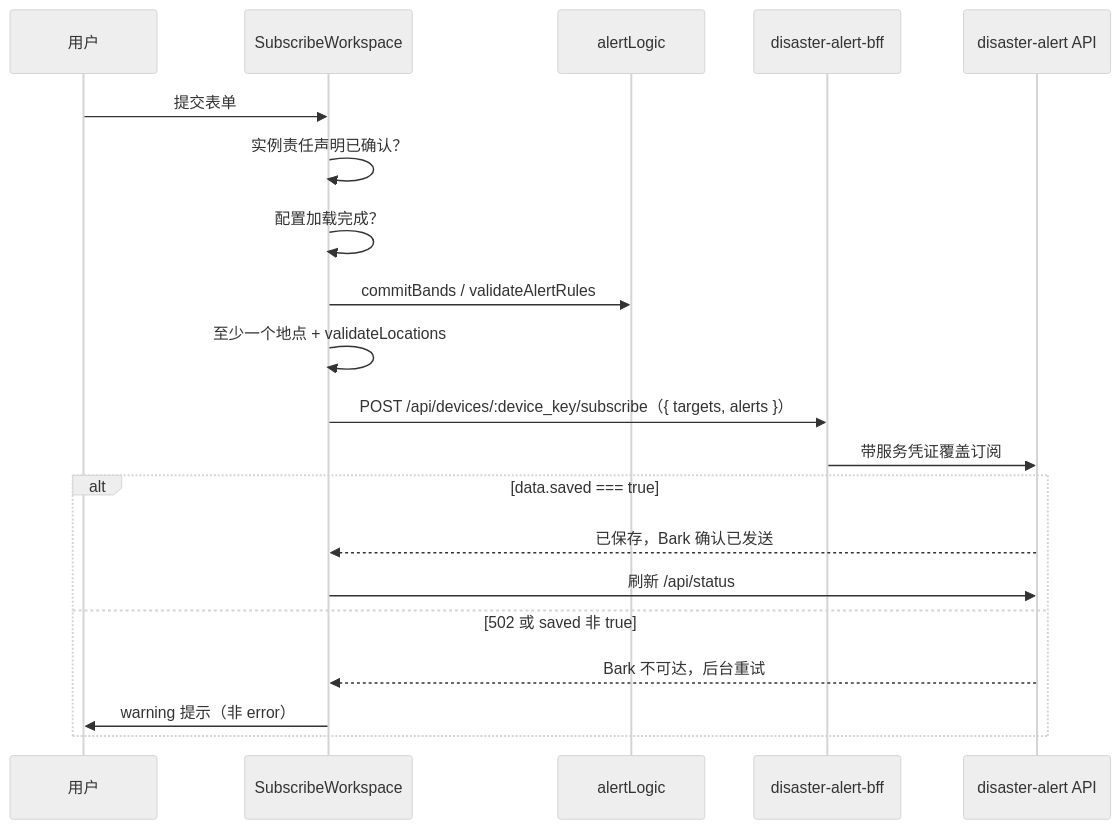
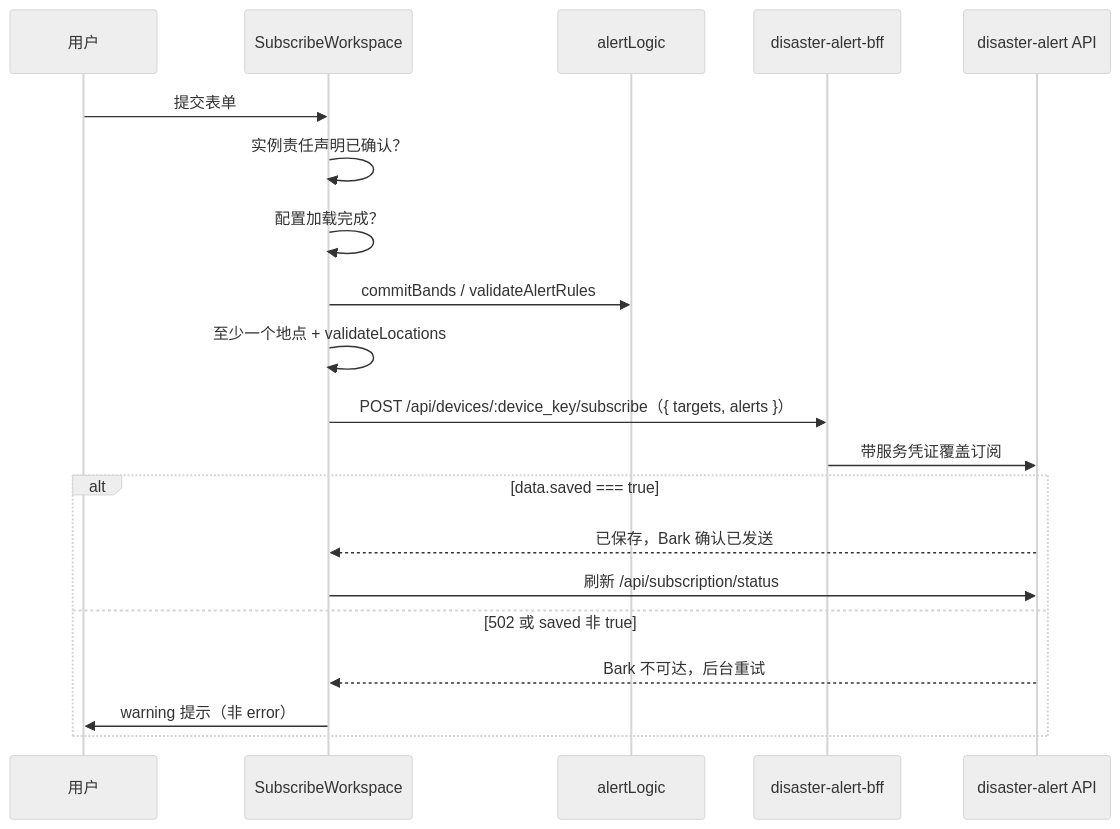
The fifth of 8 diagrams in docs/architecture.md (luyi2008/disaster-alert-web), drawn with Mermaid (neutral theme) before and after one commit. The commit also changed other lines of this file and 13 other files, not shown here.

First line of the commit message:
Move subscription API calls under /api/subscription/ prefix

````diff
--- a/docs/architecture.md
+++ b/docs/architecture.md
@@ -225,23 +225,23 @@
 ```mermaid
 sequenceDiagram
     participant U as 用户
     participant A as SubscribeWorkspace
     participant AL as alertLogic
     participant BFF as disaster-alert-bff
     participant API as disaster-alert API
 
     U->>A: 提交表单
     A->>A: 实例责任声明已确认？
     A->>A: 配置加载完成？
     A->>AL: commitBands / validateAlertRules
     A->>A: 至少一个地点 + validateLocations
     A->>BFF: POST /api/devices/:device_key/subscribe（{ targets, alerts }）
     BFF->>API: 带服务凭证覆盖订阅
     alt data.saved === true
         API-->>A: 已保存，Bark 确认已发送
-        A->>API: 刷新 /api/status
+        A->>API: 刷新 /api/subscription/status
     else 502 或 saved 非 true
         API-->>A: Bark 不可达，后台重试
         A->>U: warning 提示（非 error）
     end
 ```
````
